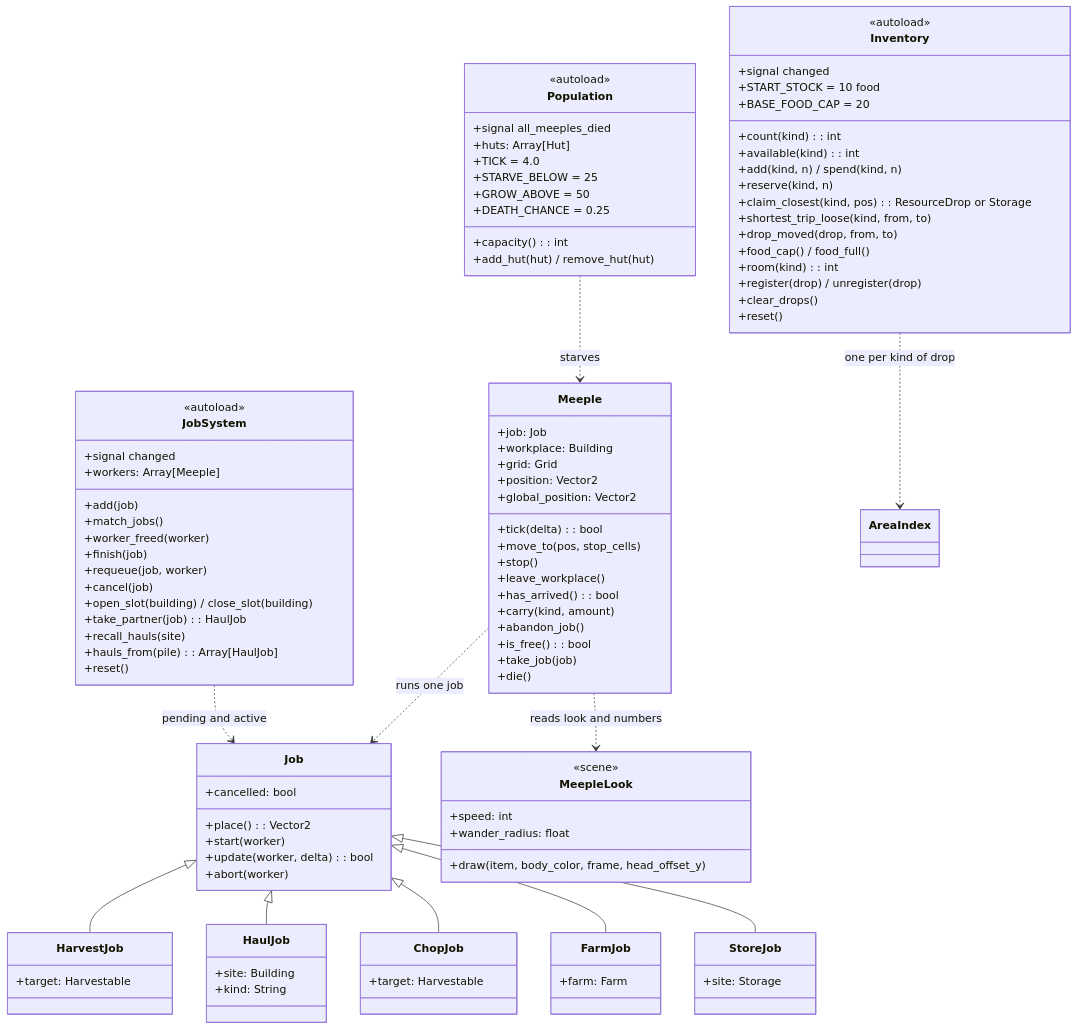
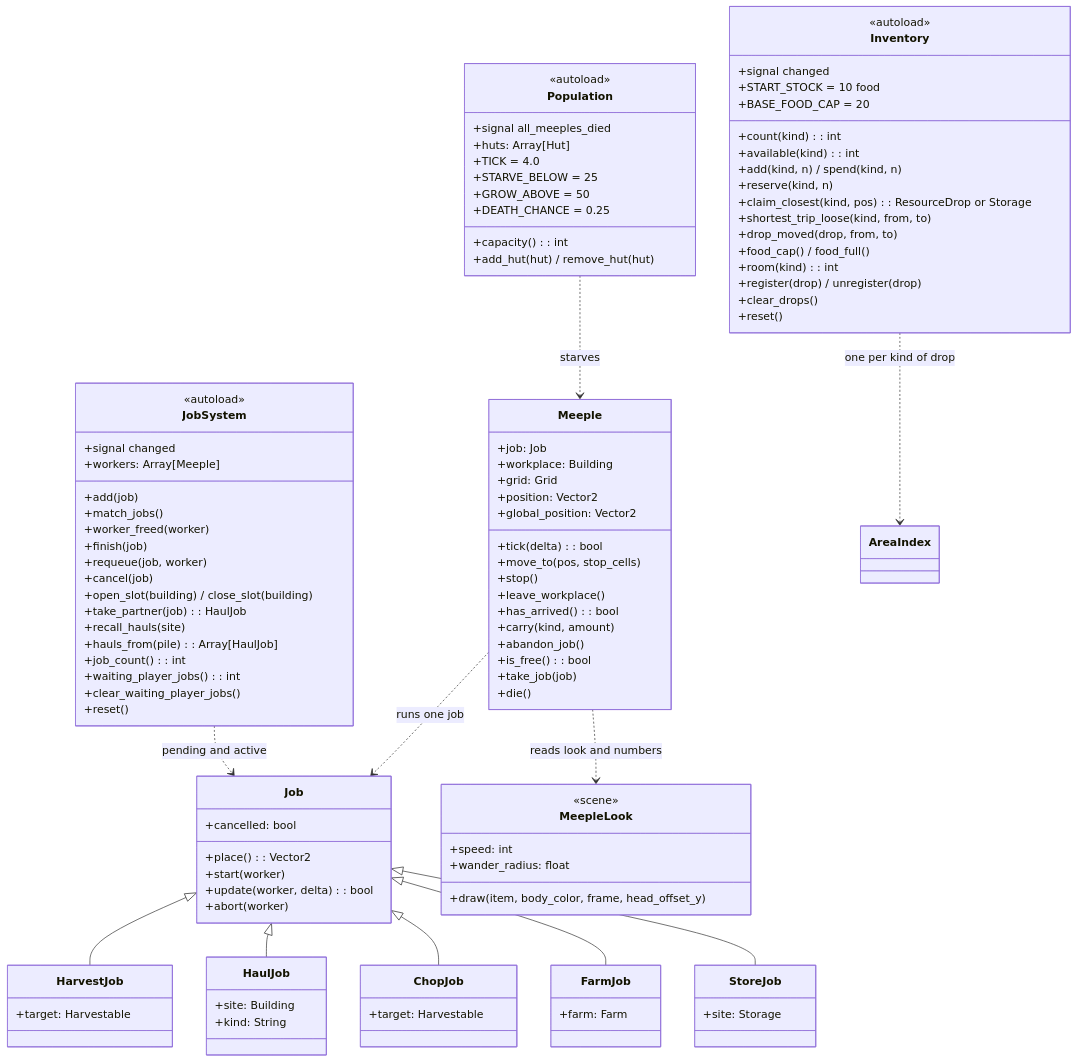
The tenth of 11 diagrams in docs/architecture.md (Liam-M-Mays/game-jam-2026), drawn with Mermaid before and after one commit. The commit also changed other lines of this file and 9 other files, not shown here.

Commit message:
Make the docs match the rework: architecture, CI, plan, contributing, art folders and the UI guide (#123)

```diff
--- a/docs/architecture.md
+++ b/docs/architecture.md
@@ -610,6 +622,9 @@
         +take_partner(job): HaulJob
         +recall_hauls(site)
         +hauls_from(pile): Array[HaulJob]
+        +job_count(): int
+        +waiting_player_jobs(): int
+        +clear_waiting_player_jobs()
         +reset()
     }
     class Job {
```
